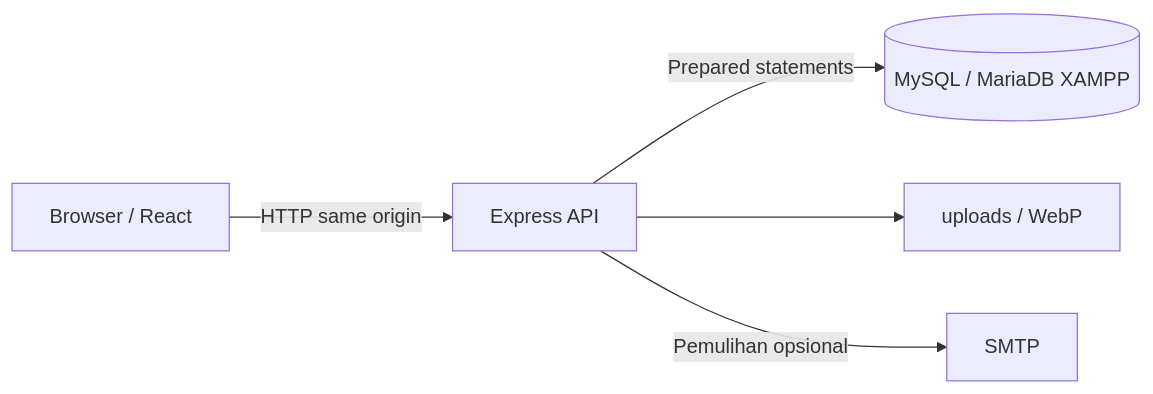
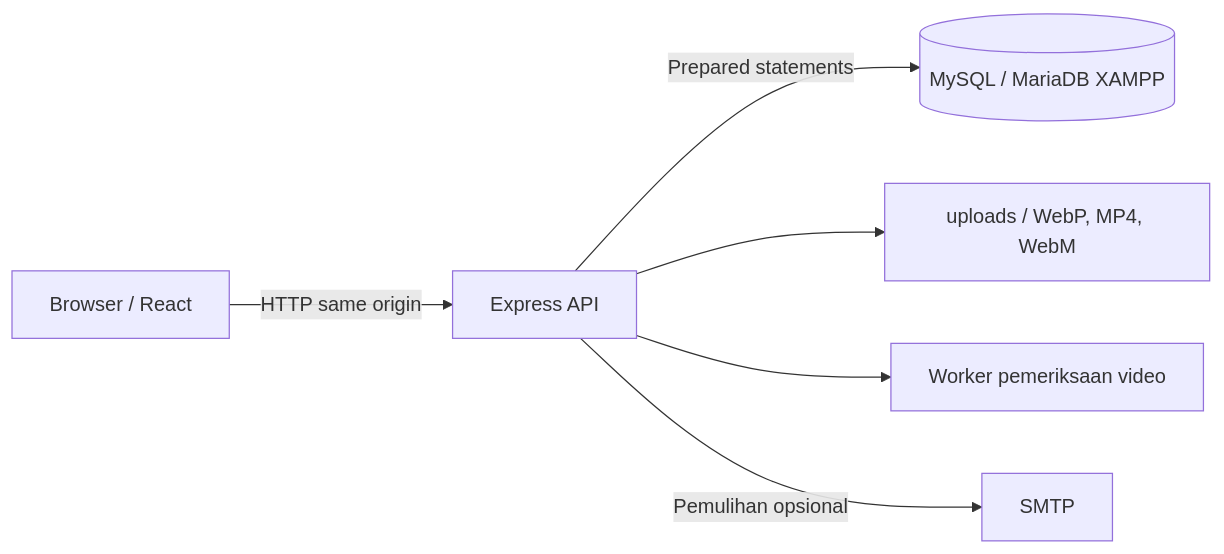
The first of 2 diagrams in docs/architecture.md (AtillaKuncoroDjati/Nusa-Rasa), drawn with Mermaid before and after one commit. The commit also changed other lines of this file and 21 other files, not shown here.

Commit message:
Add optional recipe video uploads and MySQL migration

````diff
--- a/docs/architecture.md
+++ b/docs/architecture.md
@@ -3,7 +3,8 @@
 ```mermaid
 flowchart LR
   A[Browser / React] -->|HTTP same origin| B[Express API]
   B -->|Prepared statements| C[(MySQL / MariaDB XAMPP)]
-  B --> D[uploads / WebP]
+  B --> D[uploads / WebP, MP4, WebM]
+  B --> F[Worker pemeriksaan video]
   B -->|Pemulihan opsional| E[SMTP]
 ```
````
